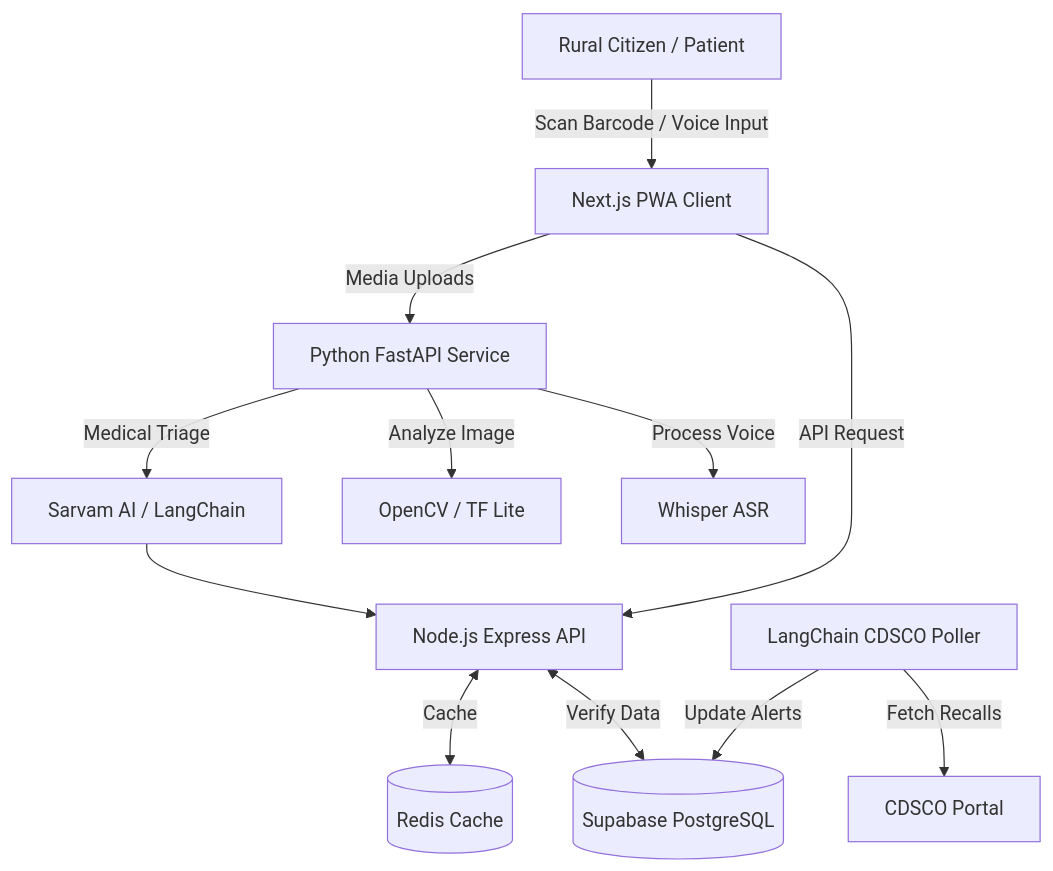
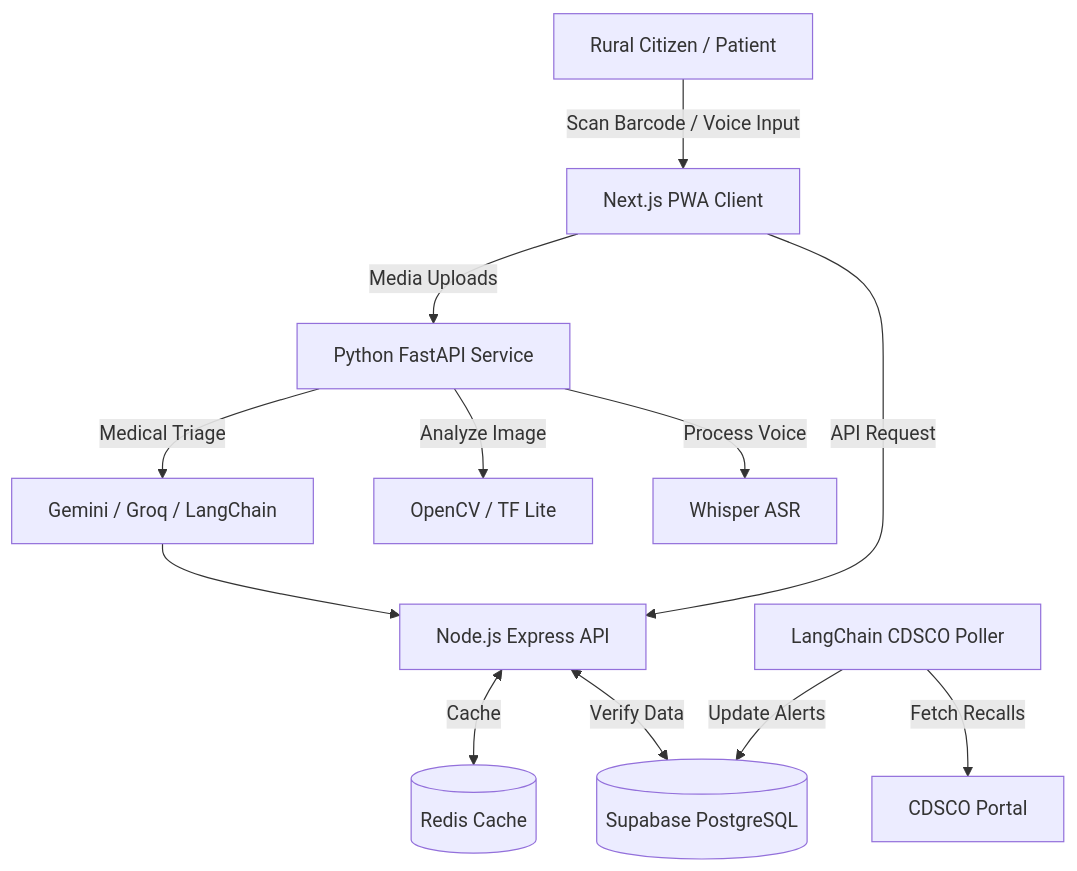
Before and after one commit to RatLoopz/sahidawa-india: the diagram in README.md, drawn with Mermaid. The commit also changed other lines of this file, not shown here.

````diff
--- a/README.md
+++ b/README.md
@@ -110,14 +101,14 @@
 ```mermaid
 flowchart TD
     A[Rural Citizen / Patient] -->|Scan Barcode / Voice Input| B[Next.js PWA Client]
     B -->|API Request| C[Node.js Express API]
     C <-->|Verify Data| D[(Supabase PostgreSQL)]
     C <-->|Cache| E[(Redis Cache)]
     B -->|Media Uploads| F[Python FastAPI Service]
     F -->|Process Voice| G[Whisper ASR]
     F -->|Analyze Image| H[OpenCV / TF Lite]
-    F -->|Medical Triage| I[Sarvam AI / LangChain]
+    F -->|Medical Triage| I[Gemini / Groq / LangChain]
     I --> C
     J[LangChain CDSCO Poller] -->|Fetch Recalls| K[CDSCO Portal]
     J -->|Update Alerts| D
 ```
````
